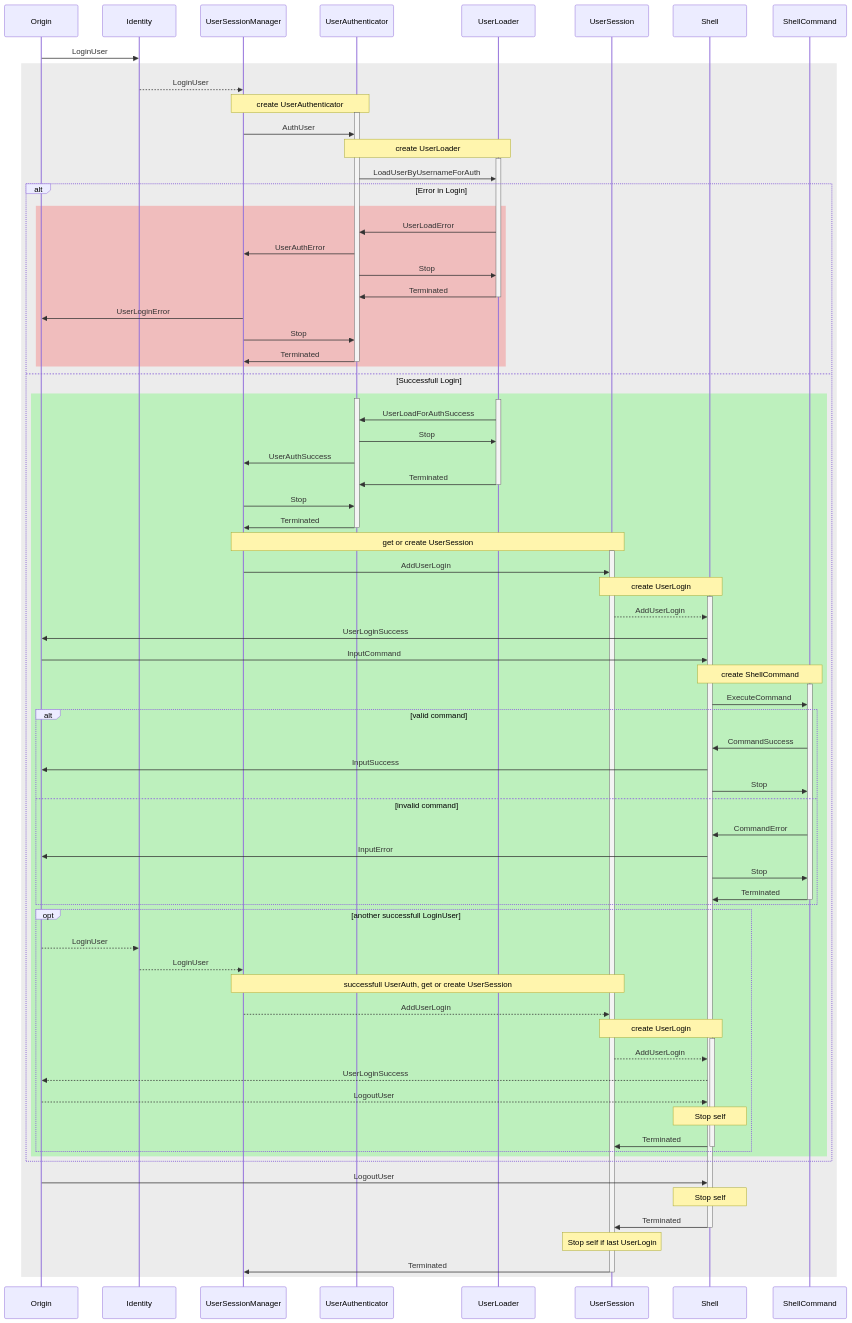
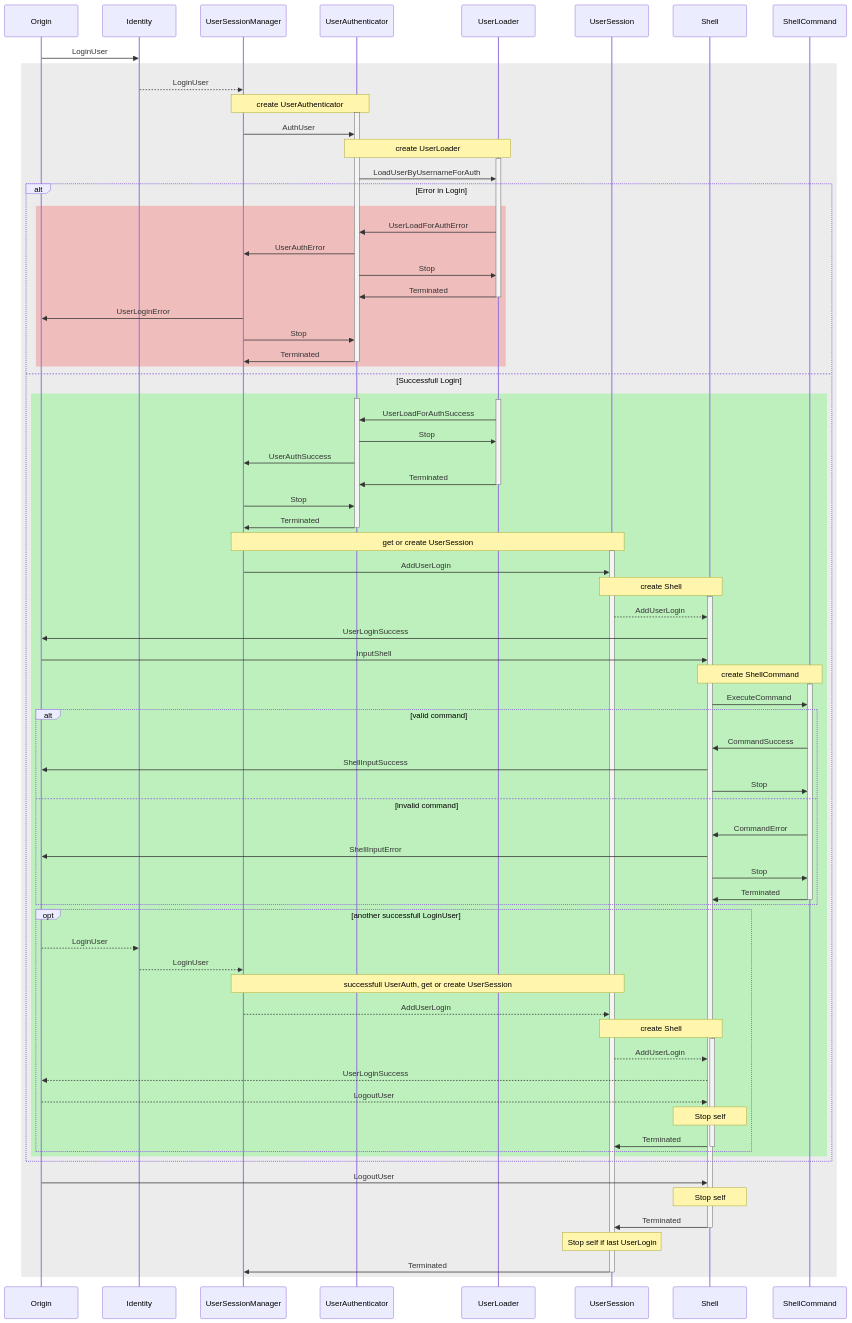
Before and after one commit to flensrocker/Actor.GameHub: the diagram in src/Actor.GameHub.Identity.Abstractions/identity-model.mmd, drawn with Mermaid. The commit also changed 9 other files, not shown here.

```diff
--- a/src/Actor.GameHub.Identity.Abstractions/identity-model.mmd
+++ b/src/Actor.GameHub.Identity.Abstractions/identity-model.mmd
@@ -1,89 +1,89 @@
 sequenceDiagram
   participant o as Origin
   participant id as Identity
   participant usm as UserSessionManager
   participant au as UserAuthenticator
   participant lo as UserLoader
   participant us as UserSession
   participant sh as Shell
   participant sc as ShellCommand
 
   o->>id:LoginUser
   rect rgba(160, 160, 160, .2)
     id-->>usm:LoginUser
     Note over usm,au:create UserAuthenticator
     activate au
     usm->>au:AuthUser
     Note over au,lo:create UserLoader
     activate lo
     au->>lo:LoadUserByUsernameForAuth
     alt Error in Login
       rect rgba(255, 0, 0, .2)
-        lo->>au:UserLoadError
+        lo->>au:UserLoadForAuthError
         au->>usm:UserAuthError
         au->>lo:Stop
         lo->>au:Terminated
         deactivate lo
         usm->>o:UserLoginError
         usm->>au:Stop
         au->>usm:Terminated
         deactivate au
       end
     else Successfull Login
       rect rgba(0, 255, 0, .2)
         activate au
         activate lo
         lo->>au:UserLoadForAuthSuccess
         au->>lo:Stop
         au->>usm:UserAuthSuccess
         lo->>au:Terminated
         deactivate lo
         usm->>au:Stop
         au->>usm:Terminated
         deactivate au
         Note over usm,us:get or create UserSession
         activate us
         usm->>us:AddUserLogin
-        Note over us,sh:create UserLogin
+        Note over us,sh:create Shell
         activate sh
         us-->>sh:AddUserLogin
         sh->>o:UserLoginSuccess
-        o->>sh:InputCommand
+        o->>sh:InputShell
         Note over sh,sc:create ShellCommand
         activate sc
         sh->>sc:ExecuteCommand
         alt valid command
           sc->>sh:CommandSuccess
-          sh->>o:InputSuccess
+          sh->>o:ShellInputSuccess
           sh->>sc:Stop
         else invalid command
           sc->>sh:CommandError
-          sh->>o:InputError
+          sh->>o:ShellInputError
           sh->>sc:Stop
           sc->>sh:Terminated
           deactivate sc
         end
         opt another successfull LoginUser
           o-->>id:LoginUser
           id-->>usm:LoginUser
           Note over usm,us:successfull UserAuth, get or create UserSession
           usm-->>us:AddUserLogin
-          Note over us,sh:create UserLogin
+          Note over us,sh:create Shell
           activate sh
           us-->>sh:AddUserLogin
           sh-->>o:UserLoginSuccess
           o-->>sh:LogoutUser
           Note over sh:Stop self
           sh->>us:Terminated
           deactivate sh
         end
       end
     end
     o->>sh:LogoutUser
     Note over sh:Stop self
     sh->>us:Terminated
     deactivate sh
     Note over us:Stop self if last UserLogin
     us->>usm:Terminated
     deactivate us
   end
```
